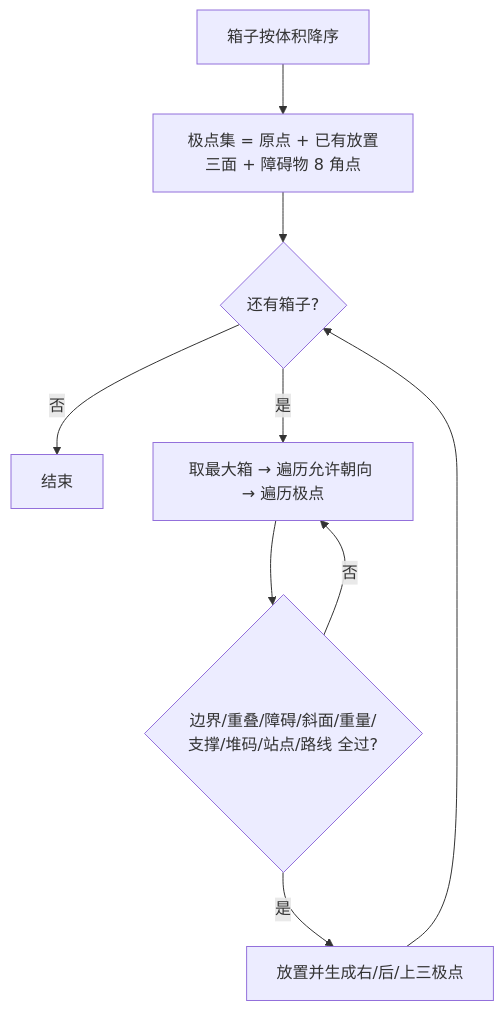
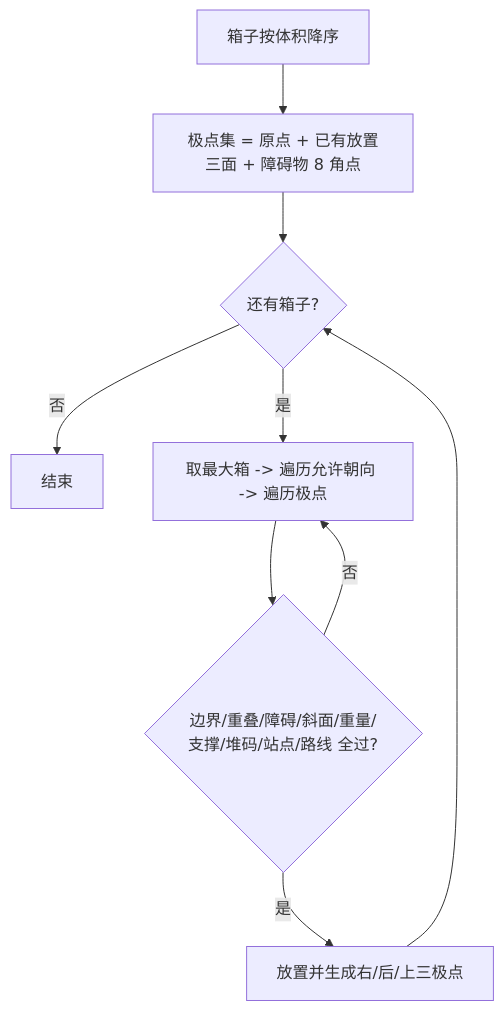
The first of 4 diagrams in docs/algorithms.md (chen-qingyu/pack3d), drawn with Mermaid before and after one commit. The commit also changed other lines of this file and 7 other files, not shown here.

````diff
--- a/docs/algorithms.md
+++ b/docs/algorithms.md
@@ -47,11 +47,11 @@
 ```mermaid
 flowchart TD
   A[箱子按体积降序] --> B[极点集 = 原点 + 已有放置三面 + 障碍物 8 角点]
   B --> C{还有箱子?}
   C -->|否| Z[结束]
-  C -->|是| D[取最大箱 → 遍历允许朝向 → 遍历极点]
+  C -->|是| D[取最大箱 -> 遍历允许朝向 -> 遍历极点]
   D --> E{边界/重叠/障碍/斜面/重量/支撑/堆码/站点/路线 全过?}
   E -->|否| D
   E -->|是| F[放置并生成右/后/上三极点]
   F --> C
 ```
````
